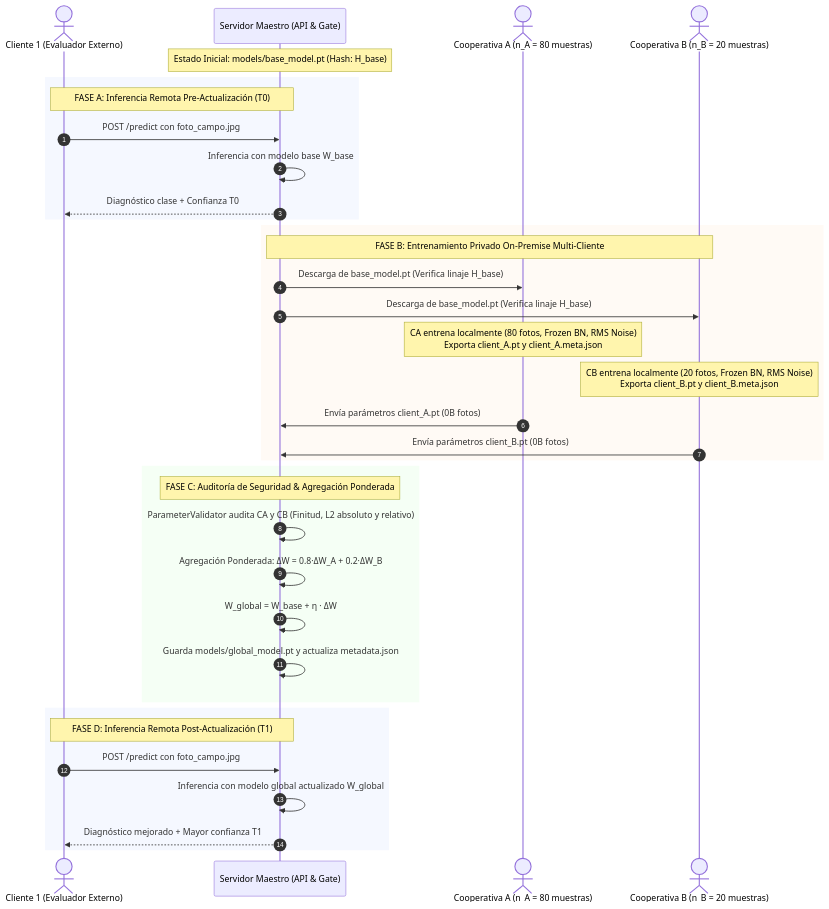
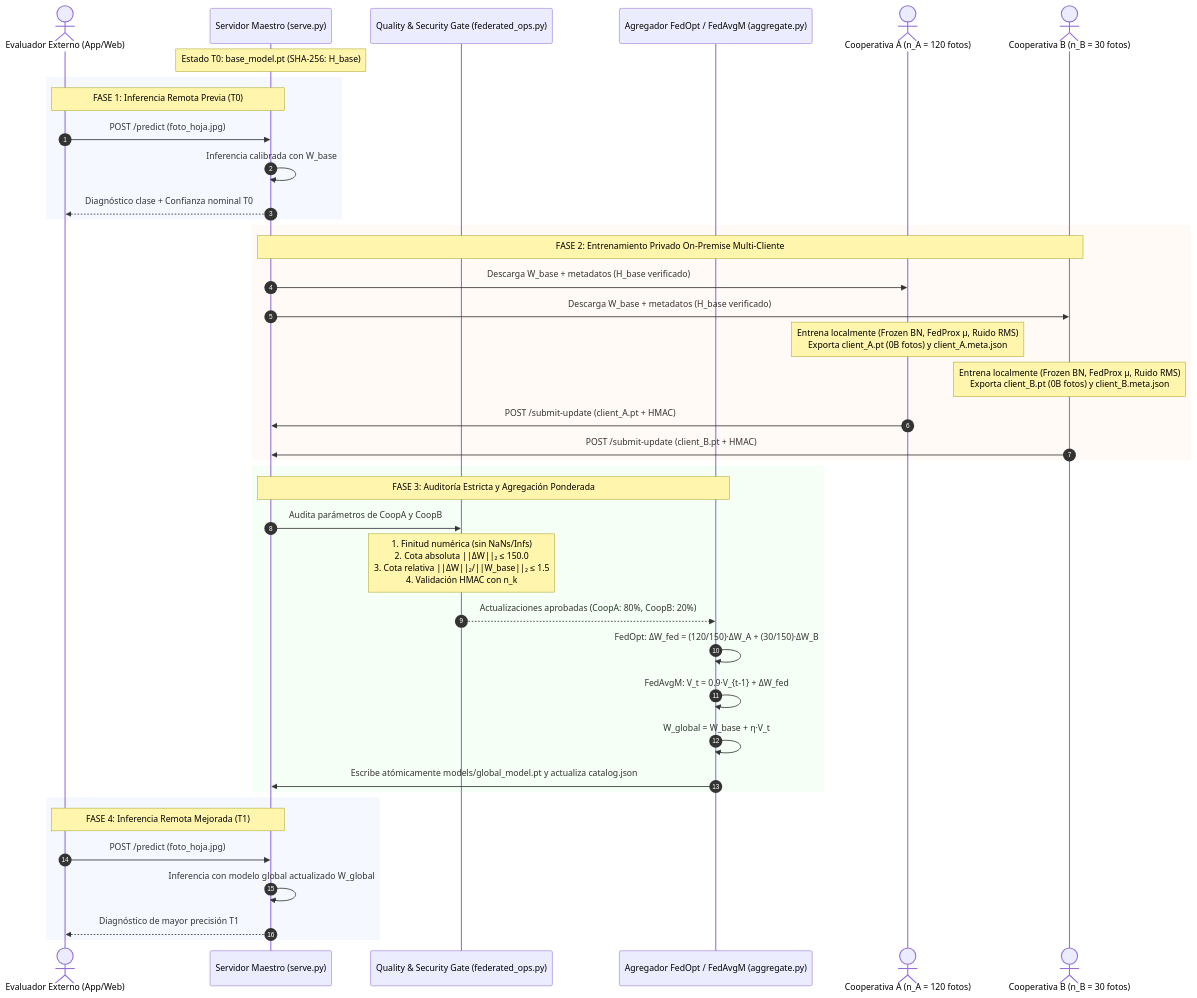
One commit to Diegodepab/AgriFed-khaos changed the fourth of 5 diagrams in docs/architecture.md. Above: the diagram before and after it, drawn with Mermaid. The commit also changed other lines of this file and 26 other files, not shown here.

Commit message:
test: add integration test suites for multiplatform FL and update architecture docs

````diff
--- a/docs/architecture.md
+++ b/docs/architecture.md
@@ -169,42 +191,47 @@
 ```mermaid
 sequenceDiagram
     autonumber
-    actor C1 as Cliente 1 (Evaluador Externo)
-    participant Server as Servidor Maestro (API & Gate)
-    actor CA as Cooperativa A (n_A = 80 muestras)
-    actor CB as Cooperativa B (n_B = 20 muestras)
+    actor C_Ext as Evaluador Externo (App/Web)
+    participant Master as Servidor Maestro (serve.py)
+    participant SecGate as Quality & Security Gate (federated_ops.py)
+    participant Aggregator as Agregador FedOpt / FedAvgM (aggregate.py)
+    actor CoopA as Cooperativa A (n_A = 120 fotos)
+    actor CoopB as Cooperativa B (n_B = 30 fotos)
 
-    Note over Server: Estado Inicial: models/base_model.pt (Hash: H_base)
+    Note over Master: Estado T0: base_model.pt (SHA-256: H_base)
     
     rect rgb(245, 248, 255)
-    Note over C1,Server: FASE A: Inferencia Remota Pre-Actualización (T0)
-    C1->>Server: POST /predict con foto_campo.jpg
-    Server->>Server: Inferencia con modelo base W_base
-    Server-->>C1: Diagnóstico clase + Confianza T0
+    Note over C_Ext,Master: FASE 1: Inferencia Remota Previa (T0)
+    C_Ext->>Master: POST /predict (foto_hoja.jpg)
+    Master->>Master: Inferencia calibrada con W_base
+    Master-->>C_Ext: Diagnóstico clase + Confianza nominal T0
     end
 
     rect rgb(255, 250, 245)
-    Note over Server,CB: FASE B: Entrenamiento Privado On-Premise Multi-Cliente
-    Server->>CA: Descarga de base_model.pt (Verifica linaje H_base)
-    Server->>CB: Descarga de base_model.pt (Verifica linaje H_base)
-    Note over CA: CA entrena localmente (80 fotos, Frozen BN, RMS Noise)<br/>Exporta client_A.pt y client_A.meta.json
-    Note over CB: CB entrena localmente (20 fotos, Frozen BN, RMS Noise)<br/>Exporta client_B.pt y client_B.meta.json
-    CA->>Server: Envía parámetros client_A.pt (0B fotos)
-    CB->>Server: Envía parámetros client_B.pt (0B fotos)
+    Note over Master,CoopB: FASE 2: Entrenamiento Privado On-Premise Multi-Cliente
+    Master->>CoopA: Descarga W_base + metadatos (H_base verificado)
+    Master->>CoopB: Descarga W_base + metadatos (H_base verificado)
+    Note over CoopA: Entrena localmente (Frozen BN, FedProx μ, Ruido RMS)<br/>Exporta client_A.pt (0B fotos) y client_A.meta.json
+    Note over CoopB: Entrena localmente (Frozen BN, FedProx μ, Ruido RMS)<br/>Exporta client_B.pt (0B fotos) y client_B.meta.json
+    CoopA->>Master: POST /submit-update (client_A.pt + HMAC)
+    CoopB->>Master: POST /submit-update (client_B.pt + HMAC)
     end
 
     rect rgb(245, 255, 245)
-    Note over Server: FASE C: Auditoría de Seguridad & Agregación Ponderada
-    Server->>Server: ParameterValidator audita CA y CB (Finitud, L2 absoluto y relativo)
-    Server->>Server: Agregación Ponderada: ΔW = 0.8·ΔW_A + 0.2·ΔW_B
-    Server->>Server: W_global = W_base + η · ΔW
-    Server->>Server: Guarda models/global_model.pt y actualiza metadata.json
+    Note over Master,Aggregator: FASE 3: Auditoría Estricta y Agregación Ponderada
+    Master->>SecGate: Audita parámetros de CoopA y CoopB
+    Note over SecGate: 1. Finitud numérica (sin NaNs/Infs)<br/>2. Cota absoluta ||ΔW||₂ ≤ 150.0<br/>3. Cota relativa ||ΔW||₂/||W_base||₂ ≤ 1.5<br/>4. Validación HMAC con n_k
+    SecGate-->>Aggregator: Actualizaciones aprobadas (CoopA: 80%, CoopB: 20%)
+    Aggregator->>Aggregator: FedOpt: ΔW_fed = (120/150)·ΔW_A + (30/150)·ΔW_B
+    Aggregator->>Aggregator: FedAvgM: V_t = 0.9·V_{t-1} + ΔW_fed
+    Aggregator->>Aggregator: W_global = W_base + η·V_t
+    Aggregator->>Master: Escribe atómicamente models/global_model.pt y actualiza catalog.json
     end
 
     rect rgb(245, 248, 255)
-    Note over C1,Server: FASE D: Inferencia Remota Post-Actualización (T1)
-    C1->>Server: POST /predict con foto_campo.jpg
-    Server->>Server: Inferencia con modelo global actualizado W_global
-    Server-->>C1: Diagnóstico mejorado + Mayor confianza T1
+    Note over C_Ext,Master: FASE 4: Inferencia Remota Mejorada (T1)
+    C_Ext->>Master: POST /predict (foto_hoja.jpg)
+    Master->>Master: Inferencia con modelo global actualizado W_global
+    Master-->>C_Ext: Diagnóstico de mayor precisión T1
     end
 ```
````
